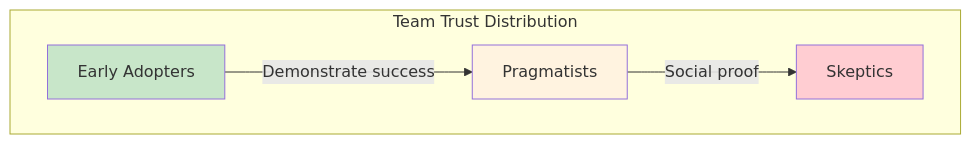
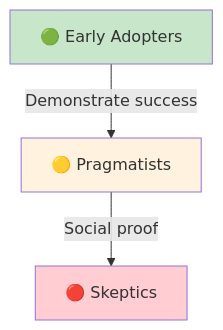
The sixth of 6 diagrams in website/content/papers/ai-dlc-2026/runbooks/adoption/building-trust.md (TheBushidoCollective/han), drawn with Mermaid before and after one commit. The commit also changed other lines of this file, not shown here.

First line of the commit message:
fix(website): narrow wide Mermaid diagrams in building-trust runbook

````diff
--- a/website/content/papers/ai-dlc-2026/runbooks/adoption/building-trust.md
+++ b/website/content/papers/ai-dlc-2026/runbooks/adoption/building-trust.md
@@ -210,16 +190,12 @@
 ```mermaid
 flowchart TB
-    subgraph Team["Team Trust Distribution"]
-        direction LR
-        Early[Early Adopters]
-        Middle[Pragmatists]
-        Late[Skeptics]
-    end
-
+    Early[🟢 Early Adopters]
     Early -->|"Demonstrate success"| Middle
+    Middle[🟡 Pragmatists]
     Middle -->|"Social proof"| Late
+    Late[🔴 Skeptics]
 
     style Early fill:#c8e6c9
     style Middle fill:#fff3e0
     style Late fill:#ffcdd2
 ```
````
